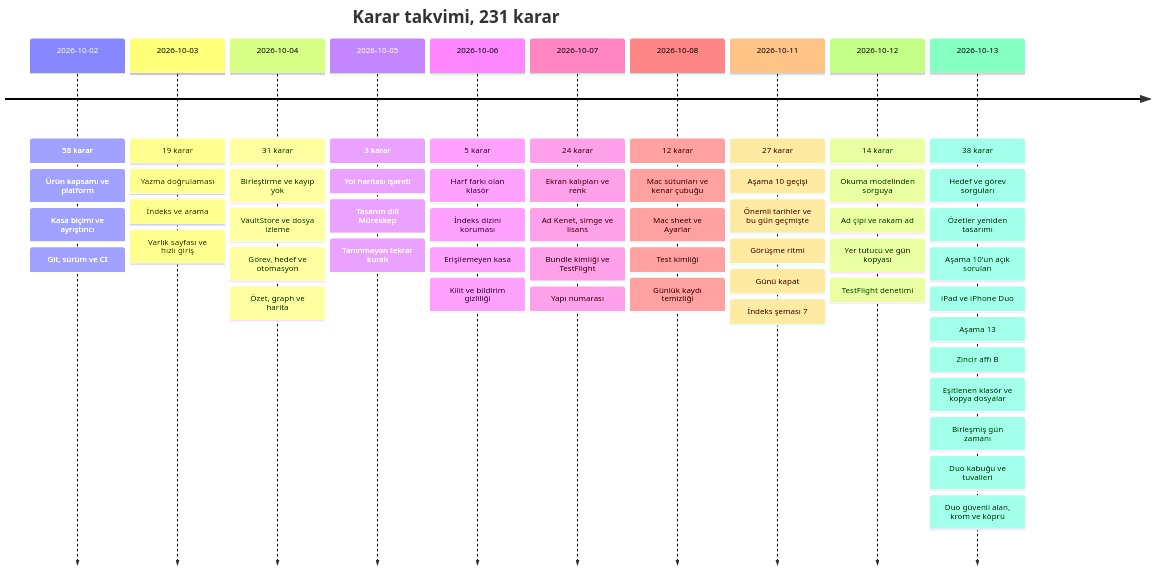
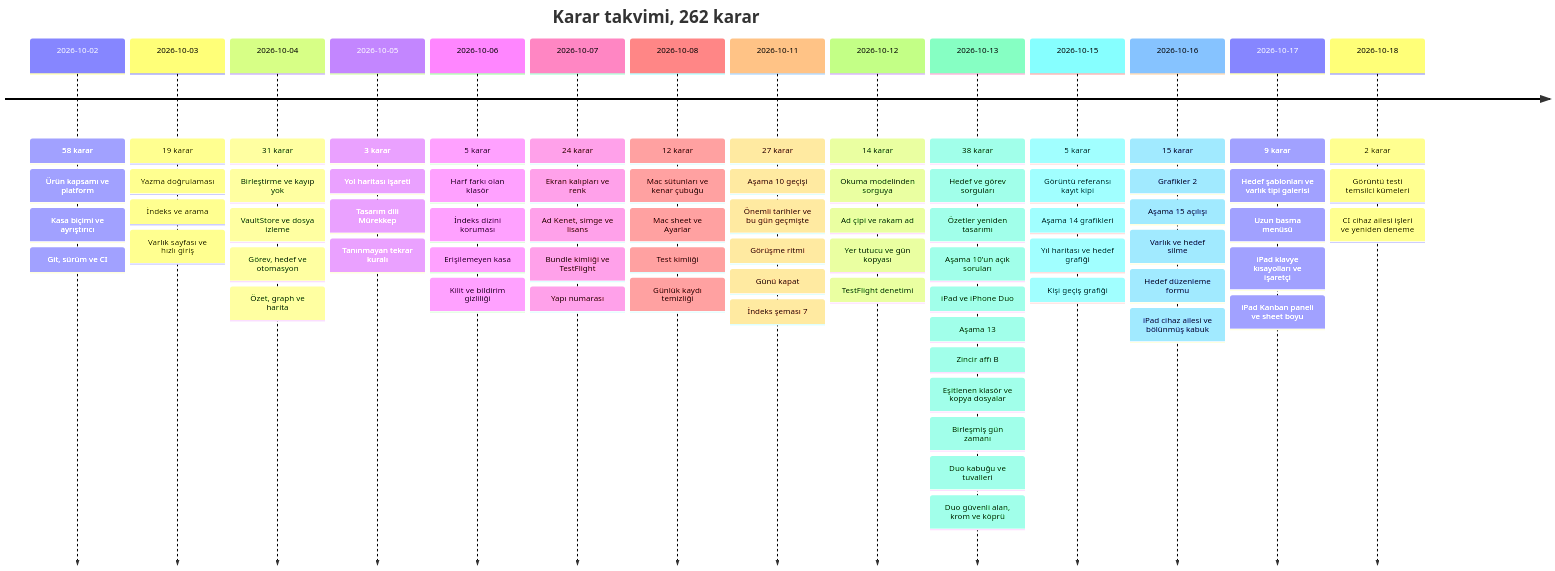
Before and after one commit to dogancanyildiz/kenet: the third of 3 diagrams in docs/decisions.md, drawn with Mermaid. The commit also changed other lines of this file and 5 other files, not shown here.

Commit message:
docs: README, ürün, yol haritası ve karar takvimi bugünkü duruma eşitlendi; sayı denetimi check-docs'ta (#289)

````diff
--- a/docs/decisions.md
+++ b/docs/decisions.md
@@ -83,14 +83,18 @@
 ```mermaid
 timeline
-    title Karar takvimi, 231 karar
+    title Karar takvimi, 262 karar
     2026-10-02 : 58 karar : Ürün kapsamı ve platform : Kasa biçimi ve ayrıştırıcı : Git, sürüm ve CI
     2026-10-03 : 19 karar : Yazma doğrulaması : İndeks ve arama : Varlık sayfası ve hızlı giriş
     2026-10-04 : 31 karar : Birleştirme ve kayıp yok : VaultStore ve dosya izleme : Görev, hedef ve otomasyon : Özet, graph ve harita
     2026-10-05 : 3 karar : Yol haritası işareti : Tasarım dili Mürekkep : Tanınmayan tekrar kuralı
     2026-10-06 : 5 karar : Harf farkı olan klasör : İndeks dizini koruması : Erişilemeyen kasa : Kilit ve bildirim gizliliği
     2026-10-07 : 24 karar : Ekran kalıpları ve renk : Ad Kenet, simge ve lisans : Bundle kimliği ve TestFlight : Yapı numarası
     2026-10-08 : 12 karar : Mac sütunları ve kenar çubuğu : Mac sheet ve Ayarlar : Test kimliği : Günlük kaydı temizliği
     2026-10-11 : 27 karar : Aşama 10 geçişi : Önemli tarihler ve bu gün geçmişte : Görüşme ritmi : Günü kapat : İndeks şeması 7
     2026-10-12 : 14 karar : Okuma modelinden sorguya : Ad çipi ve rakam ad : Yer tutucu ve gün kopyası : TestFlight denetimi
     2026-10-13 : 38 karar : Hedef ve görev sorguları : Özetler yeniden tasarımı : Aşama 10'un açık soruları : iPad ve iPhone Duo : Aşama 13 : Zincir affı B : Eşitlenen klasör ve kopya dosyalar : Birleşmiş gün zamanı : Duo kabuğu ve tuvalleri : Duo güvenli alan, krom ve köprü
+    2026-10-15 : 5 karar : Görüntü referansı kayıt kipi : Aşama 14 grafikleri : Yıl haritası ve hedef grafiği : Kişi geçiş grafiği
+    2026-10-16 : 15 karar : Grafikler 2 : Aşama 15 açılışı : Varlık ve hedef silme : Hedef düzenleme formu : iPad cihaz ailesi ve bölünmüş kabuk
+    2026-10-17 : 9 karar : Hedef şablonları ve varlık tipi galerisi : Uzun basma menüsü : iPad klavye kısayolları ve işaretçi : iPad Kanban paneli ve sheet boyu
+    2026-10-18 : 2 karar : Görüntü testi temsilci kümeleri : CI cihaz ailesi işleri ve yeniden deneme
 ```
````
